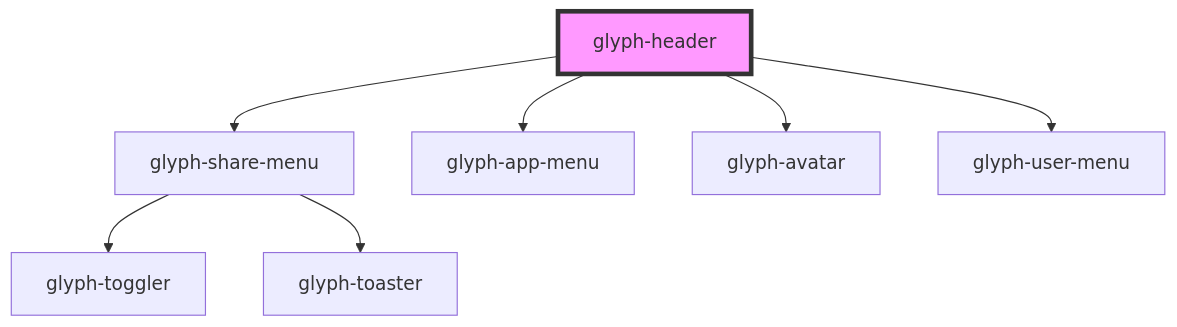
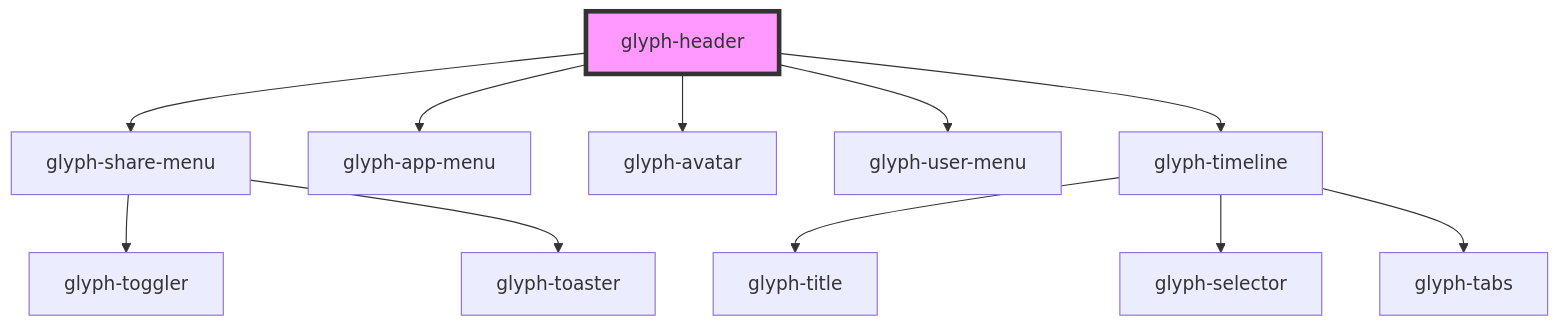
One commit to adrianiy/synth-ui changed the diagram in packages/glyph-components/src/components/header/readme.md. Above: the diagram before and after it, drawn with Mermaid. The commit also changed other lines of this file and 11 other files, not shown here.

````diff
--- a/packages/glyph-components/src/components/header/readme.md
+++ b/packages/glyph-components/src/components/header/readme.md
@@ -38,10 +41,14 @@
 ```mermaid
 graph TD;
   glyph-header --> glyph-share-menu
   glyph-header --> glyph-app-menu
   glyph-header --> glyph-avatar
   glyph-header --> glyph-user-menu
+  glyph-header --> glyph-timeline
   glyph-share-menu --> glyph-toggler
   glyph-share-menu --> glyph-toaster
+  glyph-timeline --> glyph-title
+  glyph-timeline --> glyph-selector
+  glyph-timeline --> glyph-tabs
   style glyph-header fill:#f9f,stroke:#333,stroke-width:4px
 ```
````
